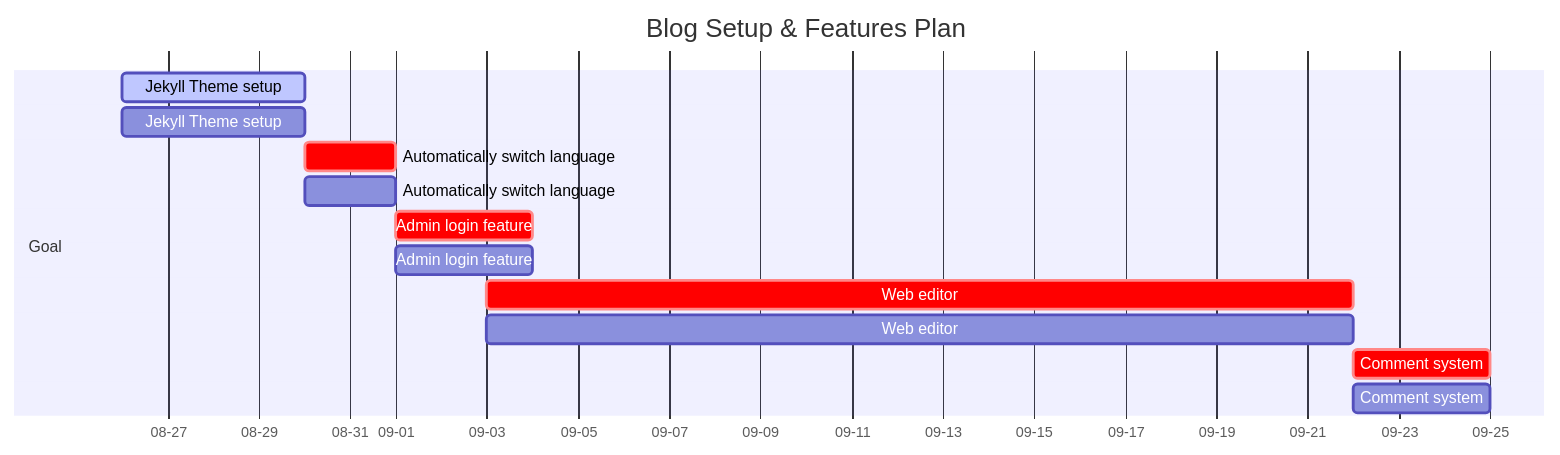
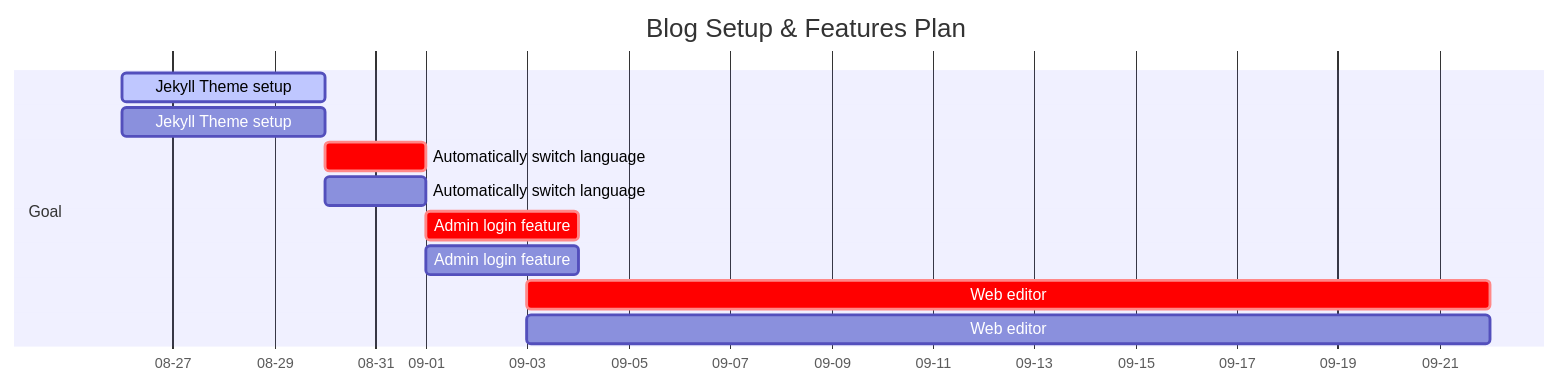
One commit to Hooang/hooang.github.io changed the diagram in _posts/2025-08-27-about-this-blog.md. Above: the diagram before and after it, drawn with Mermaid. The commit also changed other lines of this file and 4 other files, not shown here.

````diff
--- a/_posts/2025-08-27-about-this-blog.md
+++ b/_posts/2025-08-27-about-this-blog.md
@@ -37,55 +37,46 @@
 ```mermaid
 gantt
   title Blog Setup & Features Plan
   dateFormat  YYYY-MM-DD
   axisFormat  %m-%d
   %% 오늘 날짜 기준
   {% assign today = site.time | date: "%Y-%m-%d" %}
 
   section Goal
 
   %% Jekyll Theme setup (진행중)
   {% assign start_setup = "2025-08-26" %}
   {% assign end_setup = "2025-08-29" %}
   {% if today >= start_setup and today <= end_setup %}
     Jekyll Theme setup :active, a, 2025-08-26, 4d
   {% else %}
     Jekyll Theme setup :a, 2025-08-26, 4d
   {% endif %}
 
   %% Automatically switch language (자동 다국어 전환)
   {% assign start_lang = "2025-08-30" %}
   {% assign end_lang = "2025-08-31" %}
   {% if today >= start_lang and today <= end_lang %}
     Automatically switch language :crit, b, 2025-08-30, 2d
   {% else %}
     Automatically switch language :b, 2025-08-30, 2d
   {% endif %}
 
   %% Admin login feature (사용자 로그인)
   {% assign start_login = "2025-09-01" %}
   {% assign end_login = "2025-09-03" %}
   {% if today >= start_login and today <= end_login %}
     Admin login feature :crit, c, 2025-09-01, 3d
   {% else %}
     Admin login feature :c, 2025-09-01, 3d
   {% endif %}
 
   %% Web editor (웹 에디터, 자동 커밋 및 푸시)
   {% assign start_editor = "2025-09-03" %}
   {% assign end_editor = "2025-09-21" %}
   {% if today >= start_editor and today <= end_editor %}
     Web editor :crit, d, 2025-09-03, 19d
   {% else %}
     Web editor :d, 2025-09-03, 19d
   {% endif %}
-
-  %% Comment system (구글시트 연동, 사용자 코멘트 관리)
-  {% assign start_comment = "2025-09-22" %}
-  {% assign end_comment = "2025-09-24" %}
-  {% if today >= start_comment and today <= end_comment %}
-    Comment system :crit, e, 2025-09-22, 3d
-  {% else %}
-    Comment system :e, 2025-09-22, 3d
-  {% endif %}
 ```
````
